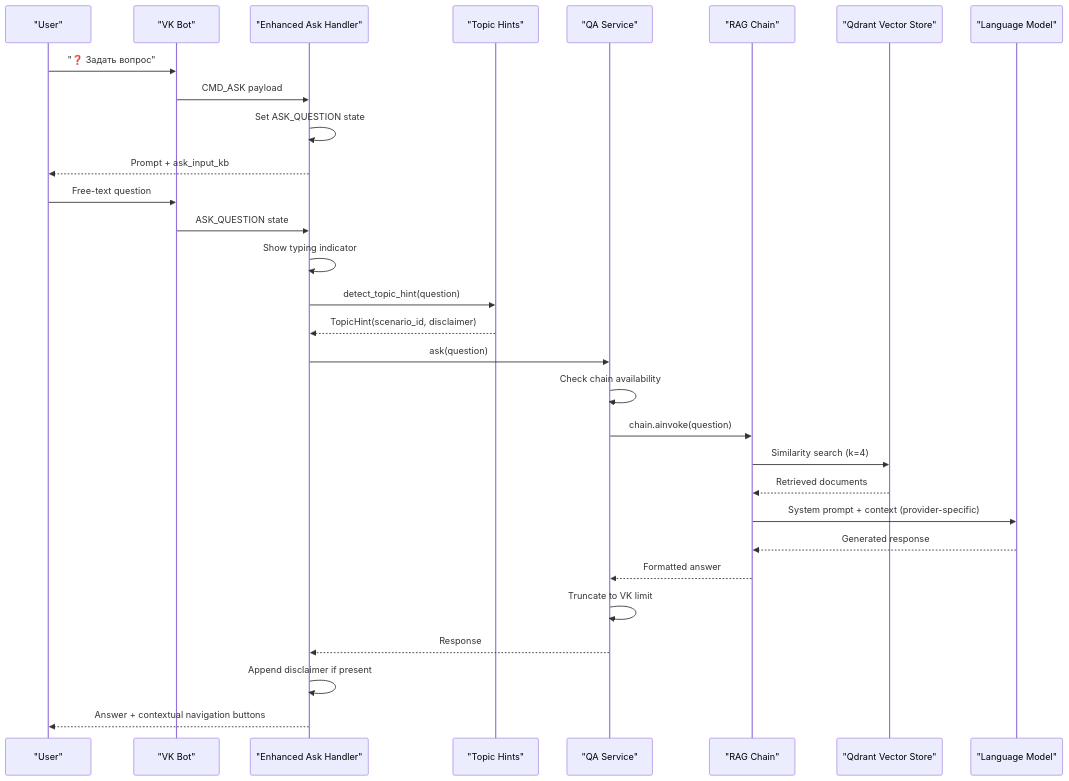
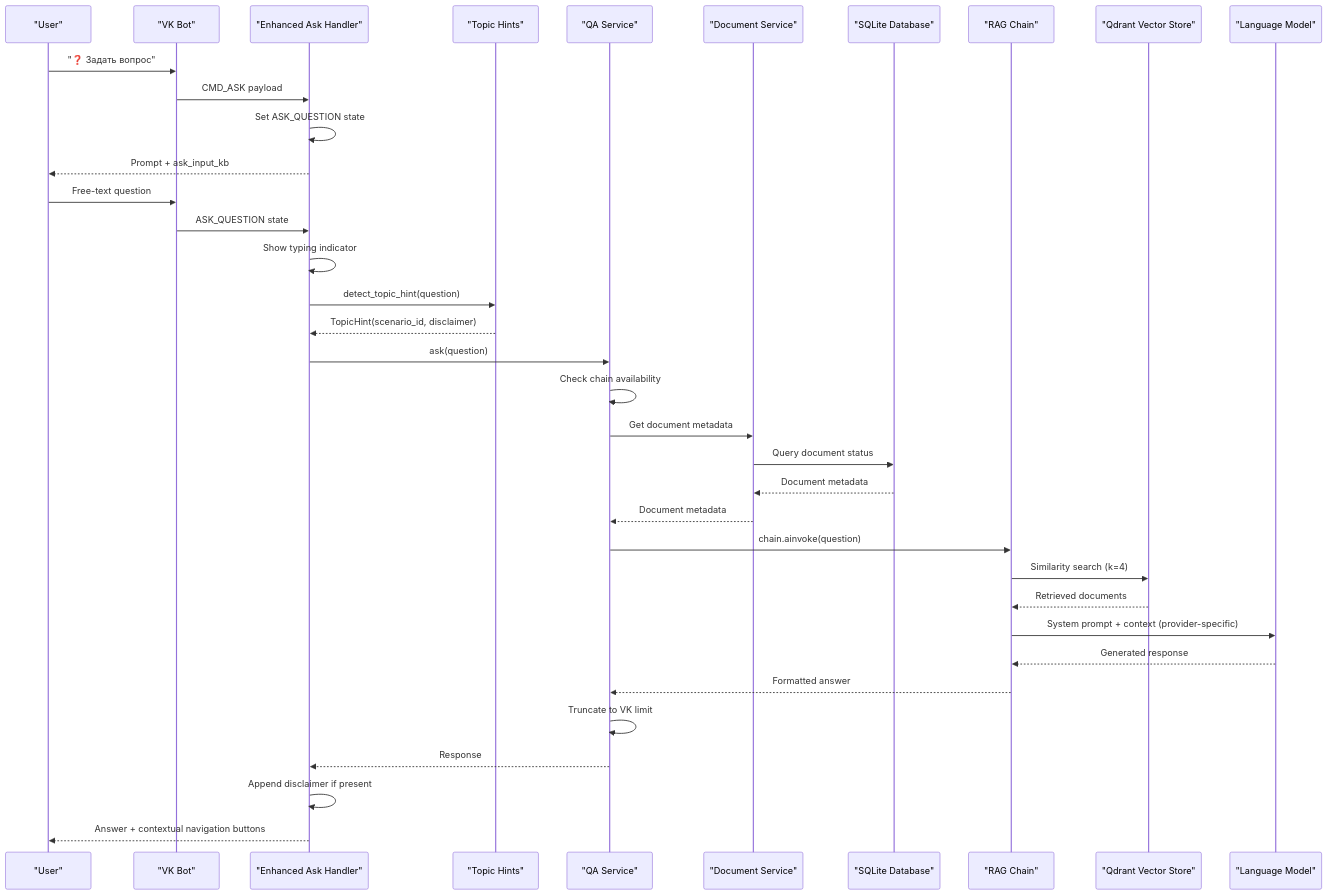
Before and after one commit to ognelis/cafetera_hr_bot: the second of 17 diagrams in .qoder/repowiki/en/content/RAG Integration.md, drawn with Mermaid. The commit also changed other lines of this file and 9 other files, not shown here.

````diff
--- a/.qoder/repowiki/en/content/RAG Integration.md
+++ b/.qoder/repowiki/en/content/RAG Integration.md
@@ -187,32 +216,38 @@
 ```mermaid
 sequenceDiagram
 participant User as "User"
 participant VKBot as "VK Bot"
 participant AskHandler as "Enhanced Ask Handler"
 participant TopicHints as "Topic Hints"
 participant QAService as "QA Service"
+participant DocumentService as "Document Service"
+participant SQLite as "SQLite Database"
 participant RAGChain as "RAG Chain"
 participant Qdrant as "Qdrant Vector Store"
 participant LLM as "Language Model"
 User->>VKBot : "❓ Задать вопрос"
 VKBot->>AskHandler : CMD_ASK payload
 AskHandler->>AskHandler : Set ASK_QUESTION state
 AskHandler-->>User : Prompt + ask_input_kb
 User->>VKBot : Free-text question
 VKBot->>AskHandler : ASK_QUESTION state
 AskHandler->>AskHandler : Show typing indicator
 AskHandler->>TopicHints : detect_topic_hint(question)
 TopicHints-->>AskHandler : TopicHint(scenario_id, disclaimer)
 AskHandler->>QAService : ask(question)
 QAService->>QAService : Check chain availability
+QAService->>DocumentService : Get document metadata
+DocumentService->>SQLite : Query document status
+SQLite-->>DocumentService : Document metadata
+DocumentService-->>QAService : Document metadata
 QAService->>RAGChain : chain.ainvoke(question)
 RAGChain->>Qdrant : Similarity search (k=4)
 Qdrant-->>RAGChain : Retrieved documents
 RAGChain->>LLM : System prompt + context (provider-specific)
 LLM-->>RAGChain : Generated response
 RAGChain-->>QAService : Formatted answer
 QAService->>QAService : Truncate to VK limit
 QAService-->>AskHandler : Response
 AskHandler->>AskHandler : Append disclaimer if present
 AskHandler-->>User : Answer + contextual navigation buttons
 ```
````
